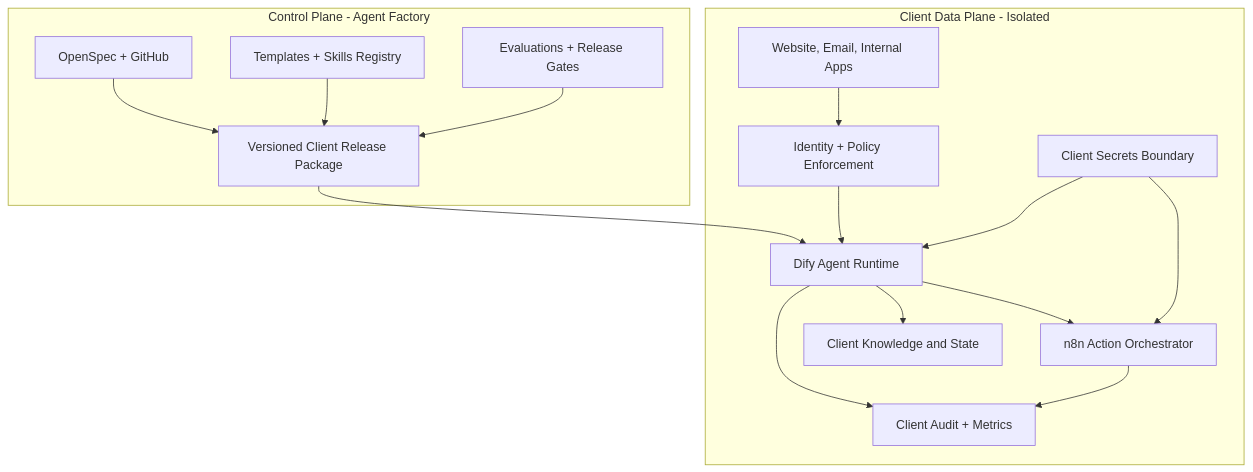
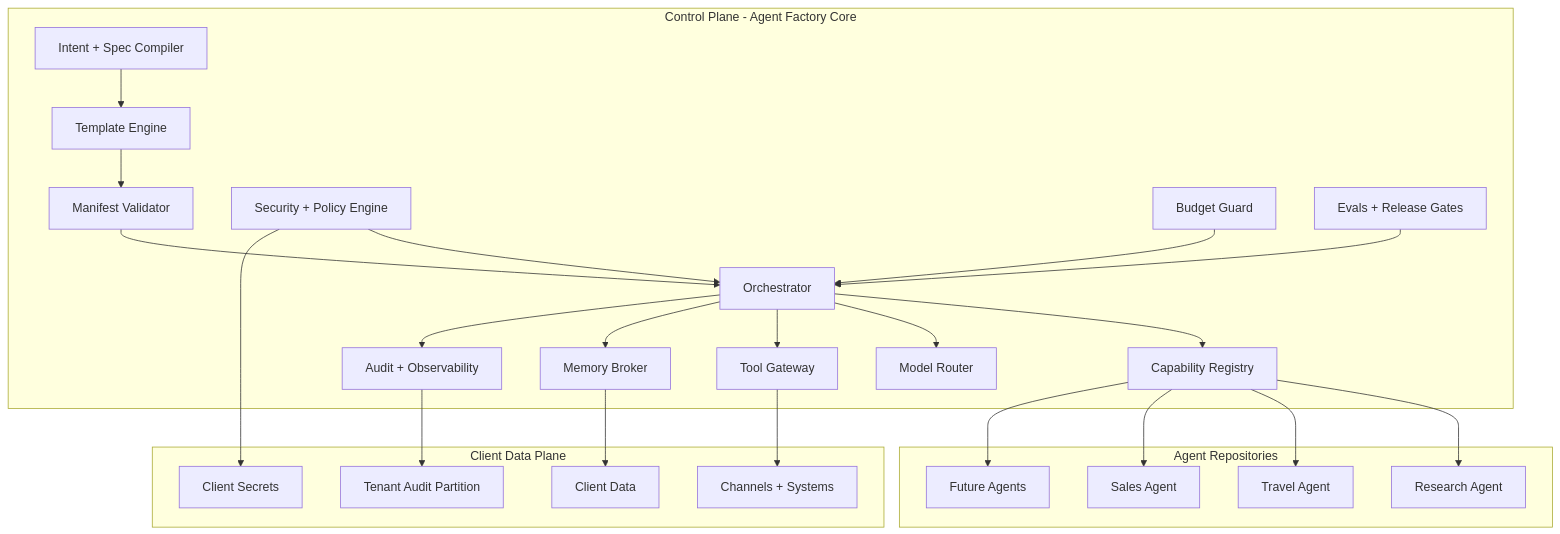
One commit to yuliabk/agent-factory-core changed the diagram in docs/architecture.md. Above: the diagram before and after it, drawn with Mermaid. The commit also changed other lines of this file and 30 other files, not shown here.

Commit message:
Add Core Contracts v1 architecture documentation

````diff
--- a/docs/architecture.md
+++ b/docs/architecture.md
@@ -12,32 +53,49 @@
 ```mermaid
 flowchart TB
-    subgraph CP["Control Plane - Agent Factory"]
-        OS["OpenSpec + GitHub"]
-        TP["Templates + Skills Registry"]
-        EV["Evaluations + Release Gates"]
-        RP["Versioned Client Release Package"]
+    subgraph CP["Control Plane - Agent Factory Core"]
+        INTAKE["Intent + Spec Compiler"]
+        TMP["Template Engine"]
+        MAN["Manifest Validator"]
+        ORCH["Orchestrator"]
+        REG["Capability Registry"]
+        MR["Model Router"]
+        TG["Tool Gateway"]
+        MEM["Memory Broker"]
+        POL["Security + Policy Engine"]
+        BUD["Budget Guard"]
+        OBS["Audit + Observability"]
+        EV["Evals + Release Gates"]
     end
 
-    subgraph DP["Client Data Plane - Isolated"]
-        CH["Website, Email, Internal Apps"]
-        IAM["Identity + Policy Enforcement"]
-        DF["Dify Agent Runtime"]
-        N8["n8n Action Orchestrator"]
-        DS["Client Knowledge and State"]
-        SEC["Client Secrets Boundary"]
-        AU["Client Audit + Metrics"]
+    subgraph AR["Agent Repositories"]
+        A1["Research Agent"]
+        A2["Travel Agent"]
+        A3["Sales Agent"]
+        A4["Future Agents"]
     end
 
-    OS --> RP
-    TP --> RP
-    EV --> RP
-    RP --> DF
-    CH --> IAM
-    IAM --> DF
-    DF --> DS
-    DF --> N8
-    SEC --> DF
-    SEC --> N8
-    DF --> AU
-    N8 --> AU
+    subgraph DP["Client Data Plane"]
+        DATA["Client Data"]
+        SEC["Client Secrets"]
+        CHANNELS["Channels + Systems"]
+        LOGS["Tenant Audit Partition"]
+    end
+
+    INTAKE --> TMP --> MAN --> ORCH
+    ORCH --> REG
+    ORCH --> MR
+    ORCH --> TG
+    ORCH --> MEM
+    POL --> ORCH
+    BUD --> ORCH
+    ORCH --> OBS
+    EV --> ORCH
+    REG --> A1
+    REG --> A2
+    REG --> A3
+    REG --> A4
+    TG --> CHANNELS
+    MEM --> DATA
+    POL --> SEC
+    OBS --> LOGS
 ```
````
